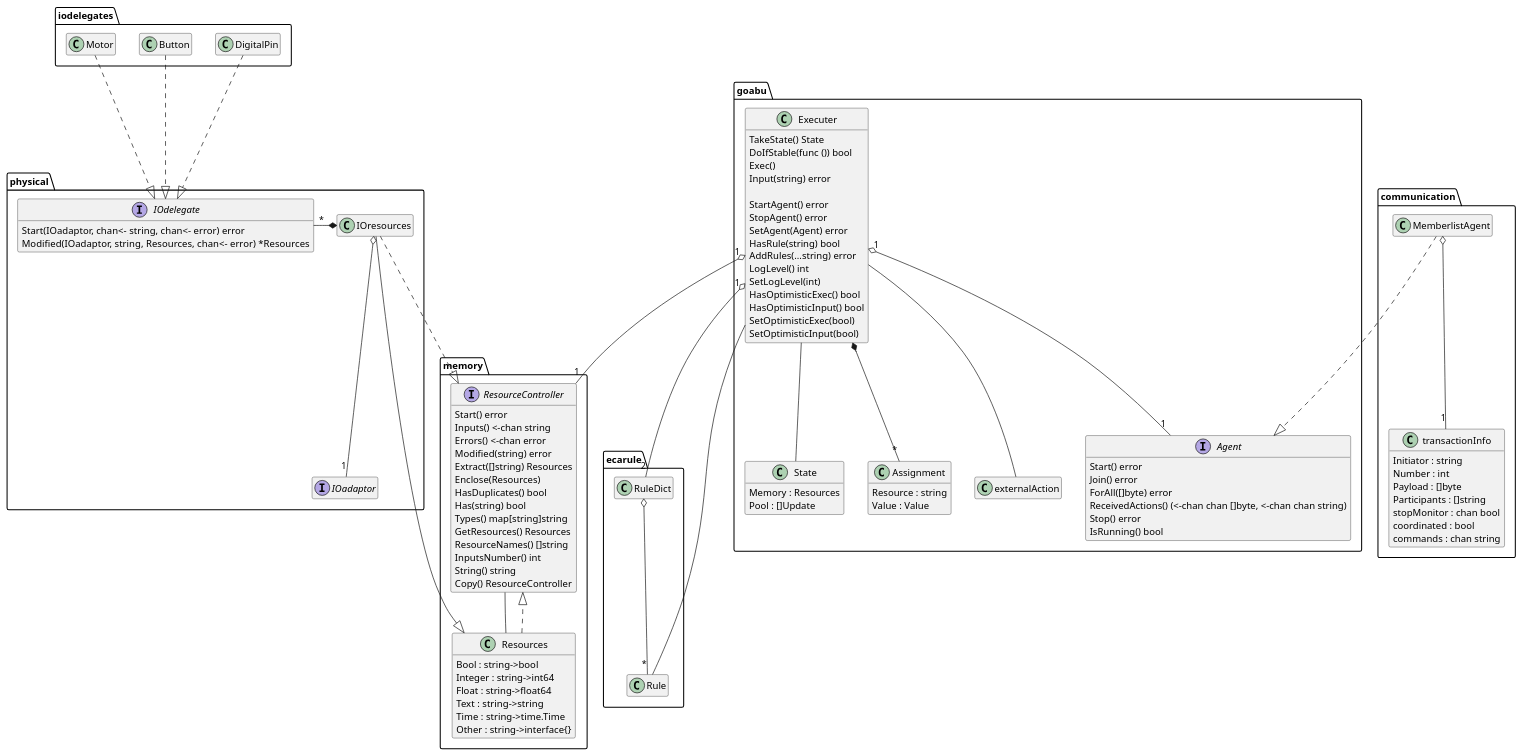
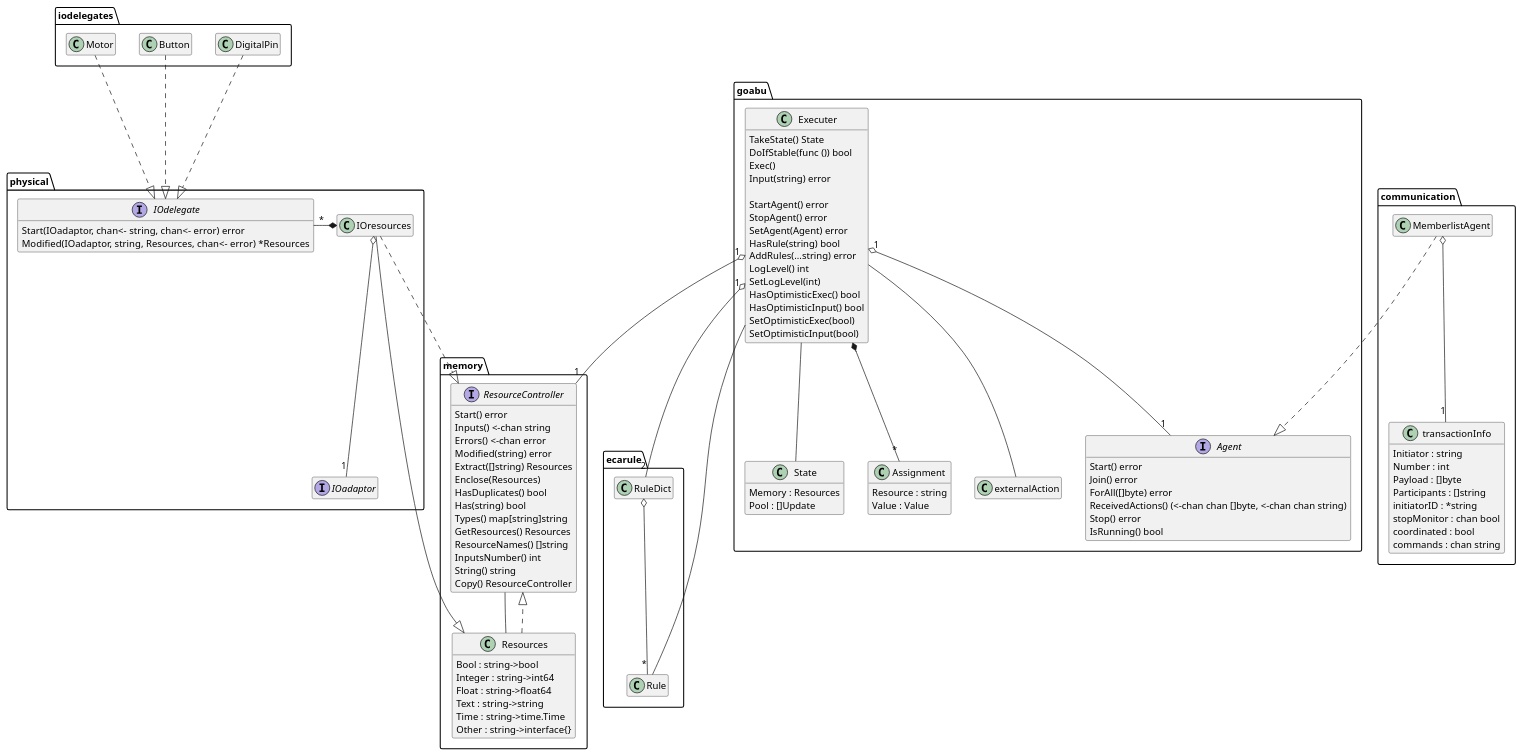
The diagram in docs/class_diagram.puml (abu-lang/goabu), drawn with PlantUML before and after one commit. The commit also changed 5 other files, not shown here.

```diff
--- a/docs/class_diagram.puml
+++ b/docs/class_diagram.puml
@@ -1,135 +1,136 @@
 @startuml
 hide empty members
 
 package iodelegates {
     class DigitalPin
     class Button
     class Motor
 }
 
 package physical {
     class IOresources {
         adaptor : IOadaptor
     }
     hide IOresources attributes
     interface IOadaptor
     interface IOdelegate {
         Start(IOadaptor, chan<- string, chan<- error) error
         Modified(IOadaptor, string, Resources, chan<- error) *Resources
     }
     IOresources o-- "1" IOadaptor
     IOdelegate "*" -* IOresources
 }
 
 package ecarule {
     class Rule
     class RuleDict
 }
 
 package memory {
     interface ResourceController {
         Start() error
         Inputs() <-chan string
         Errors() <-chan error
         Modified(string) error
         Extract([]string) Resources
         Enclose(Resources)
         HasDuplicates() bool
         Has(string) bool
         Types() map[string]string
         GetResources() Resources
         ResourceNames() []string
         InputsNumber() int
         String() string
         Copy() ResourceController
     }
     class Resources {
         Bool : string->bool
         Integer : string->int64
         Float : string->float64
         Text : string->string
         Time : string->time.Time
         Other : string->interface{}
     }
     RuleDict o-- "*" Rule
     Resources ..|> ResourceController
     ResourceController -- Resources
 }
 
 package goabu {
     class State {
         Memory : Resources
         Pool : []Update
     }
     class Executer {
         memory : ResourceController
         pool : []Update
         agent : Agent
         localLibrary : string->RuleDict
         globalLibrary : string->RuleDict
 
         TakeState() State
         DoIfStable(func ()) bool
         Exec()
         Input(string) error
 
         StartAgent() error
         StopAgent() error
         SetAgent(Agent) error
         HasRule(string) bool
         AddRules(...string) error
         LogLevel() int
         SetLogLevel(int)
         HasOptimisticExec() bool
         HasOptimisticInput() bool
         SetOptimisticExec(bool)
         SetOptimisticInput(bool)
     }
     hide Executer attributes
     interface Agent {
         Start() error
         Join() error
         ForAll([]byte) error
         ReceivedActions() (<-chan chan []byte, <-chan chan string)
         Stop() error
         IsRunning() bool
     }
     class Assignment {
         Resource : string
         Value : Value
     }
     class externalAction
 
     Executer "1" o-- "1" Agent
     Executer *-- "*" Assignment
     Executer -- externalAction
     Executer -- State
 }
 
 package communication {
     class MemberlistAgent
     class transactionInfo {
         Initiator : string
         Number : int
         Payload : []byte
         Participants : []string
+        initiatorID : *string
         stopMonitor : chan bool
         coordinated : bool
         commands : chan string
     }
     MemberlistAgent o-- "1" transactionInfo
 }
 
 DigitalPin ..|> IOdelegate
 Button ..|> IOdelegate
 Motor ..|> IOdelegate
 
 IOresources ..|> ResourceController
 IOresources --|> Resources
 
 Executer "1" o-- "1" ResourceController
 Executer "1" o-- "2" RuleDict
 Executer -- Rule
 
 MemberlistAgent ..|> Agent
 @enduml
```
